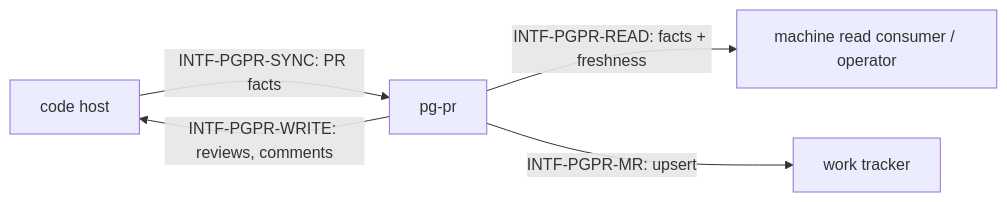
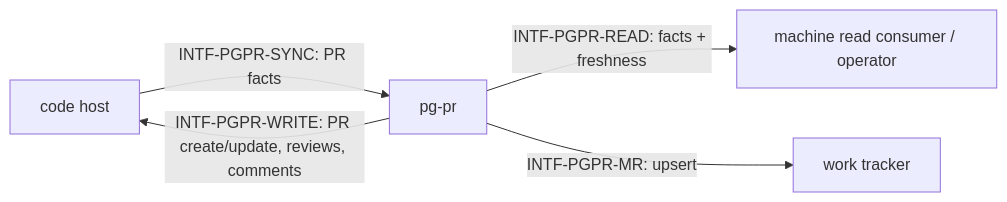
One commit to phillipgreenii/nix-agent-support changed the diagram in packages/pg-pr/docs/behavior/interfaces.md. Above: the diagram before and after it, drawn with Mermaid. The commit also changed other lines of this file and 3 other files, not shown here.

````diff
--- a/packages/pg-pr/docs/behavior/interfaces.md
+++ b/packages/pg-pr/docs/behavior/interfaces.md
@@ -21,7 +21,7 @@
 ```mermaid
 flowchart LR
     HOST["code host"] -- "INTF-PGPR-SYNC: PR facts" --> PGPR["pg-pr"]
-    PGPR -- "INTF-PGPR-WRITE: reviews, comments" --> HOST
+    PGPR -- "INTF-PGPR-WRITE: PR create/update, reviews, comments" --> HOST
     PGPR -- "INTF-PGPR-READ: facts + freshness" --> CONSUMER["machine read consumer / operator"]
     PGPR -- "INTF-PGPR-MR: upsert" --> TRACKER["work tracker"]
 ```
````
